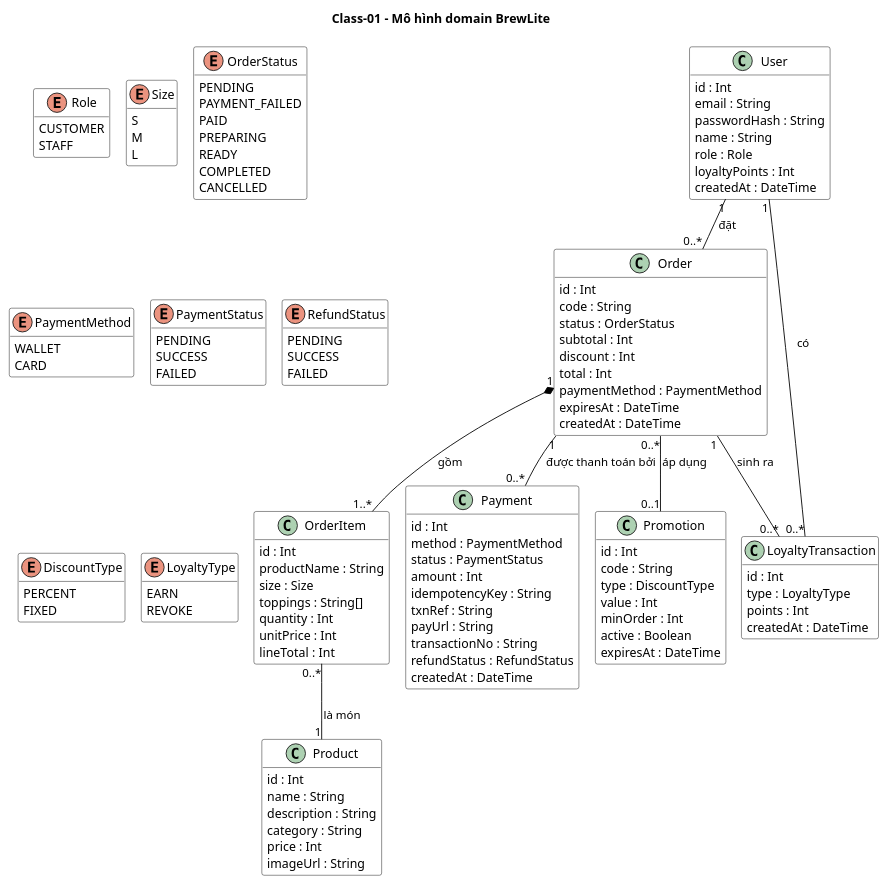
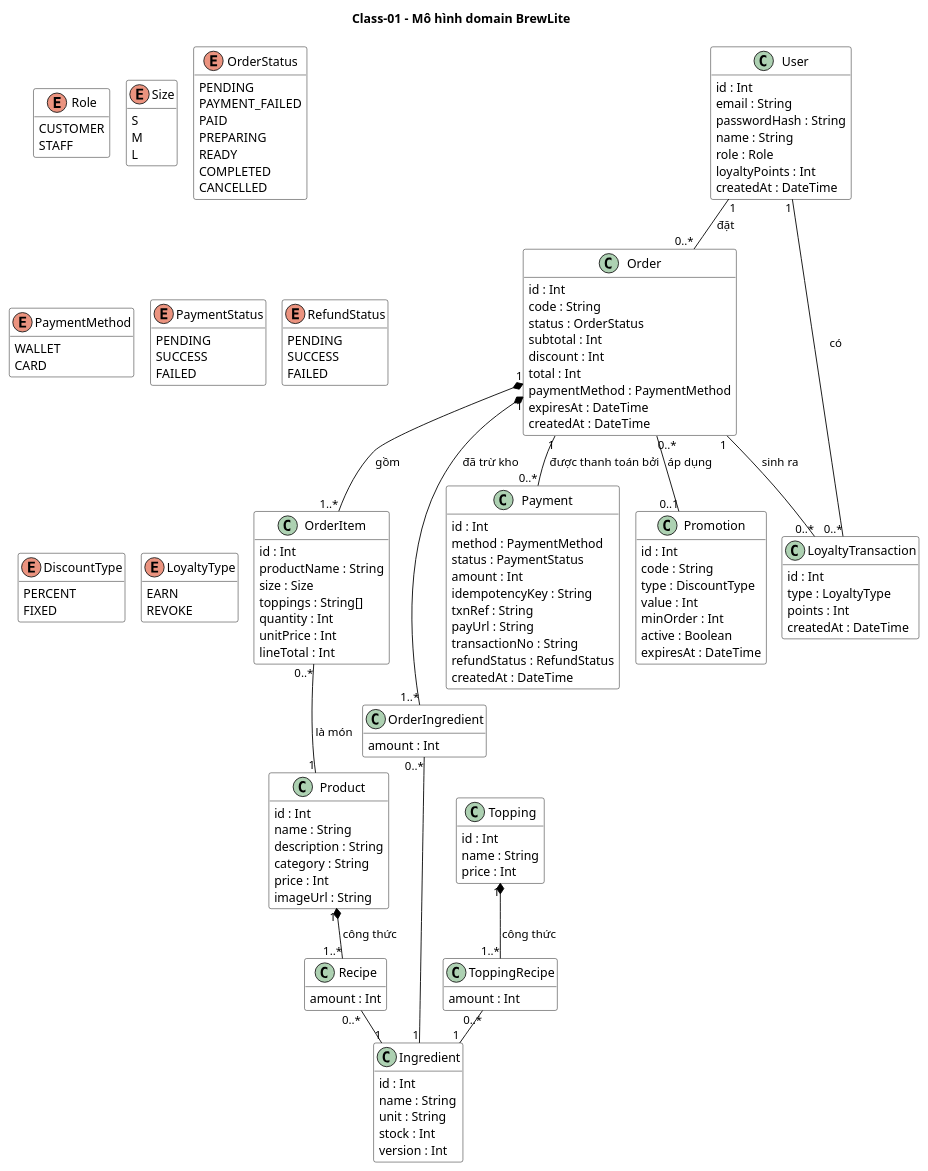
One commit to phi10hung/brewlite-ass2 changed the diagram in docs/diagrams/class-domain.puml. Above: the diagram before and after it, drawn with PlantUML. The commit also changed 1 other file, not shown here.

Commit message:
docs: thêm các lớp tồn kho nguyên liệu vào class diagram

```diff
--- a/docs/diagrams/class-domain.puml
+++ b/docs/diagrams/class-domain.puml
@@ -1,134 +1,166 @@
 @startuml class-domain
 !pragma layout smetana
 title Class-01 – Mô hình domain BrewLite
 skinparam shadowing false
 skinparam ArrowColor black
 skinparam ClassBackgroundColor white
 skinparam ClassBorderColor black
 skinparam ClassHeaderBackgroundColor white
 skinparam StereotypeCBackgroundColor white
 skinparam StereotypeCBorderColor black
 skinparam StereotypeEBackgroundColor white
 skinparam StereotypeEBorderColor black
 hide empty methods
 
 enum Role {
   CUSTOMER
   STAFF
 }
 enum Size {
   S
   M
   L
 }
 enum OrderStatus {
   PENDING
   PAYMENT_FAILED
   PAID
   PREPARING
   READY
   COMPLETED
   CANCELLED
 }
 enum PaymentMethod {
   WALLET
   CARD
 }
 enum PaymentStatus {
   PENDING
   SUCCESS
   FAILED
 }
 enum RefundStatus {
   PENDING
   SUCCESS
   FAILED
 }
 enum DiscountType {
   PERCENT
   FIXED
 }
 enum LoyaltyType {
   EARN
   REVOKE
 }
 
 class User {
   id : Int
   email : String
   passwordHash : String
   name : String
   role : Role
   loyaltyPoints : Int
   createdAt : DateTime
 }
 
 class Product {
   id : Int
   name : String
   description : String
   category : String
   price : Int
   imageUrl : String
 }
 
+class Topping {
+  id : Int
+  name : String
+  price : Int
+}
+
+class Ingredient {
+  id : Int
+  name : String
+  unit : String
+  stock : Int
+  version : Int
+}
+
+class Recipe {
+  amount : Int
+}
+
+class ToppingRecipe {
+  amount : Int
+}
+
 class Order {
   id : Int
   code : String
   status : OrderStatus
   subtotal : Int
   discount : Int
   total : Int
   paymentMethod : PaymentMethod
   expiresAt : DateTime
   createdAt : DateTime
 }
 
 class OrderItem {
   id : Int
   productName : String
   size : Size
   toppings : String[]
   quantity : Int
   unitPrice : Int
   lineTotal : Int
+}
+
+class OrderIngredient {
+  amount : Int
 }
 
 class Payment {
   id : Int
   method : PaymentMethod
   status : PaymentStatus
   amount : Int
   idempotencyKey : String
   txnRef : String
   payUrl : String
   transactionNo : String
   refundStatus : RefundStatus
   createdAt : DateTime
 }
 
 class Promotion {
   id : Int
   code : String
   type : DiscountType
   value : Int
   minOrder : Int
   active : Boolean
   expiresAt : DateTime
 }
 
 class LoyaltyTransaction {
   id : Int
   type : LoyaltyType
   points : Int
   createdAt : DateTime
 }
 
 User "1" -- "0..*" Order : đặt >
 User "1" -- "0..*" LoyaltyTransaction : có >
 Order "1" *-- "1..*" OrderItem : gồm >
 OrderItem "0..*" -- "1" Product : là món >
 Order "1" -- "0..*" Payment : được thanh toán bởi >
 Order "0..*" -- "0..1" Promotion : áp dụng >
 Order "1" -- "0..*" LoyaltyTransaction : sinh ra >
+Order "1" *-- "1..*" OrderIngredient : đã trừ kho >
+OrderIngredient "0..*" -- "1" Ingredient
+Product "1" *-- "1..*" Recipe : công thức >
+Recipe "0..*" -- "1" Ingredient
+Topping "1" *-- "1..*" ToppingRecipe : công thức >
+ToppingRecipe "0..*" -- "1" Ingredient
 @enduml
```
